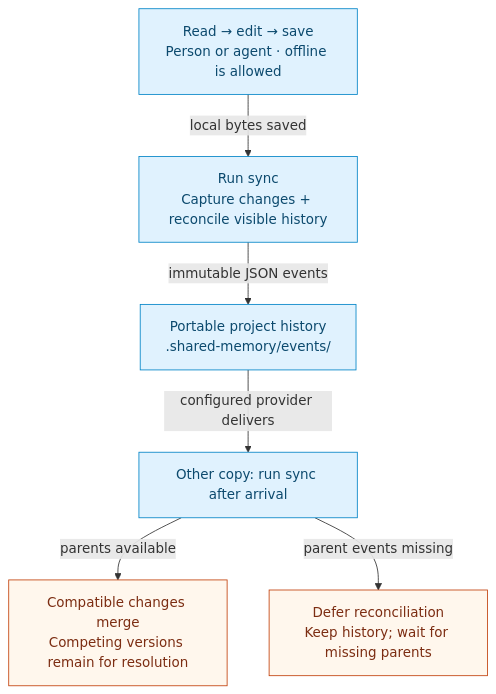
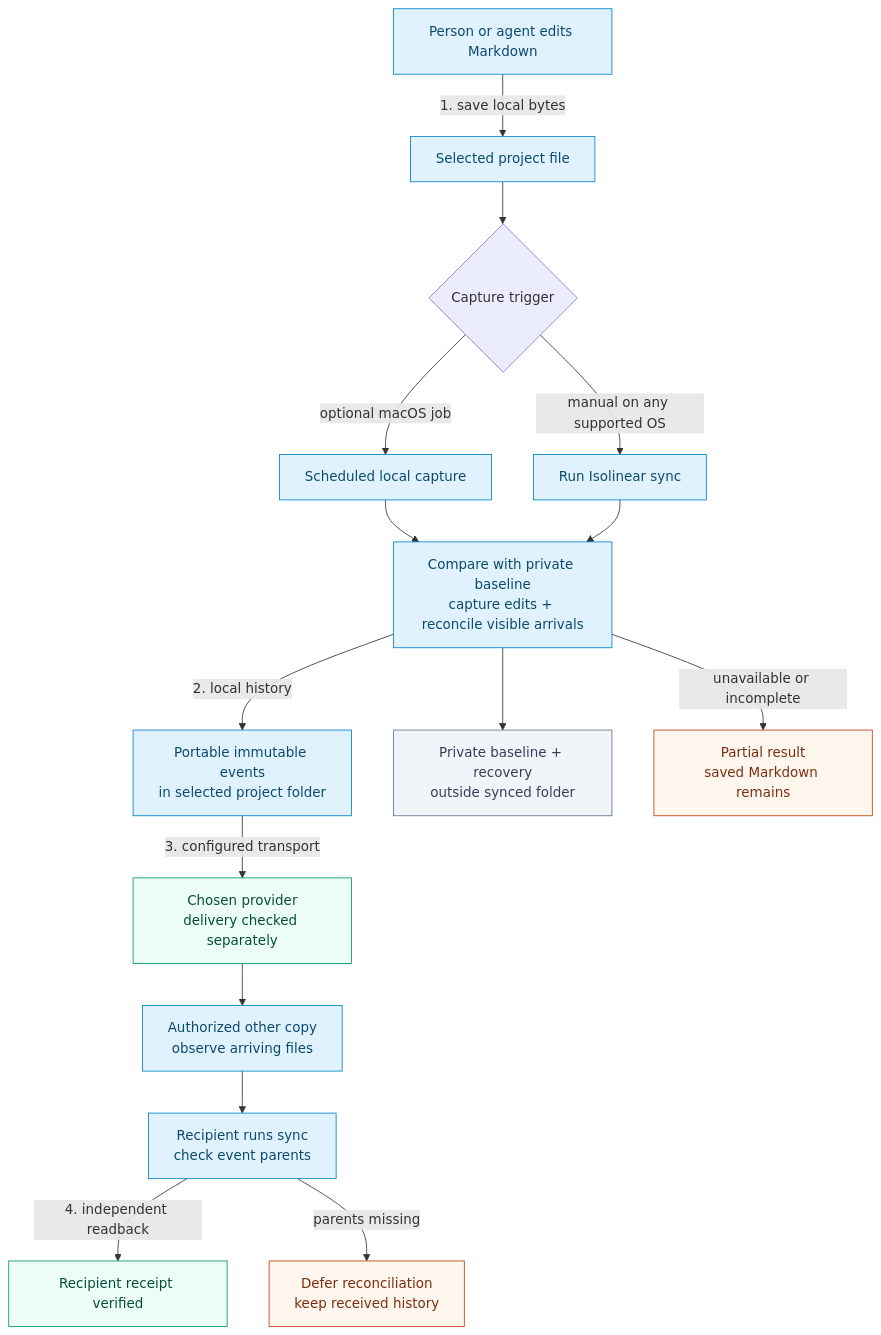
One commit to Kian-hdr/isolinear-memory changed the third of 5 diagrams in docs/DIAGRAMS.md. Above: the diagram before and after it, drawn with Mermaid. The commit also changed other lines of this file and 12 other files, not shown here.

First line of the commit message:
Refresh Isolinear Memory README and system diagrams

````diff
--- a/docs/DIAGRAMS.md
+++ b/docs/DIAGRAMS.md
@@ -67,14 +119,27 @@
 ```mermaid
 flowchart TB
-  accTitle: Save locally, capture history, reconcile arrivals
-  accDescr: Direct editing requires no approval queue. Saving is local. Sync records history; the separately configured provider delivers files. Received history is reconciled only when parents are present, with conflicts retained.
-  E["Read → edit → save<br/>Person or agent · offline is allowed"] -->|"local bytes saved"| S["Run sync<br/>Capture changes + reconcile visible history"]
-  S -->|"immutable JSON events"| H["Portable project history<br/>.shared-memory/events/"]
-  H -->|"configured provider delivers"| R["Other copy: run sync after arrival"]
-  R -->|"parents available"| C["Compatible changes merge<br/>Competing versions remain for resolution"]
-  R -->|"parent events missing"| W["Defer reconciliation<br/>Keep history; wait for missing parents"]
+  accTitle: Local save, history capture, provider delivery and recipient receipt
+  accDescr: A Markdown save is local. Manual sync or an optional macOS capture job records history and private baseline state. A separately configured provider may deliver project files. A recipient must observe and sync them; missing sources or parents remain partial.
+  E["Person or agent edits Markdown"] -->|"1. save local bytes"| S["Selected project file"]
+  S --> T{"Capture trigger"}
+  T -->|"manual on any supported OS"| M["Run Isolinear sync"]
+  T -->|"optional macOS job"| A["Scheduled local capture"]
+  A --> X["Compare with private baseline<br/>capture edits + reconcile visible arrivals"]
+  M --> X
+  X -->|"2. local history"| H["Portable immutable events<br/>in selected project folder"]
+  X --> B["Private baseline + recovery<br/>outside synced folder"]
+  X -->|"unavailable or incomplete"| Q["Partial result<br/>saved Markdown remains"]
+  H -->|"3. configured transport"| P["Chosen provider<br/>delivery checked separately"]
+  P --> R["Authorized other copy<br/>observe arriving files"]
+  R --> Y["Recipient runs sync<br/>check event parents"]
+  Y -->|"4. independent readback"| V["Recipient receipt verified"]
+  Y -->|"parents missing"| D["Defer reconciliation<br/>keep received history"]
   classDef local fill:#e0f2fe,stroke:#0284c7,color:#0c4a6e;
+  classDef private fill:#f1f5f9,stroke:#64748b,color:#334155;
+  classDef route fill:#ecfdf5,stroke:#059669,color:#064e3b;
   classDef caution fill:#fff7ed,stroke:#c2410c,color:#7c2d12;
-  class E,S,H,R local;
-  class W,C caution;
+  class E,S,M,A,X,H,R,Y local;
+  class B private;
+  class P,V route;
+  class Q,D caution;
 ```
````
